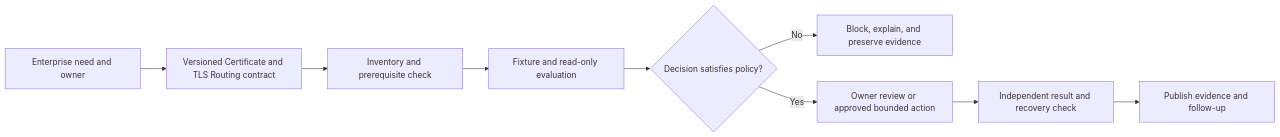
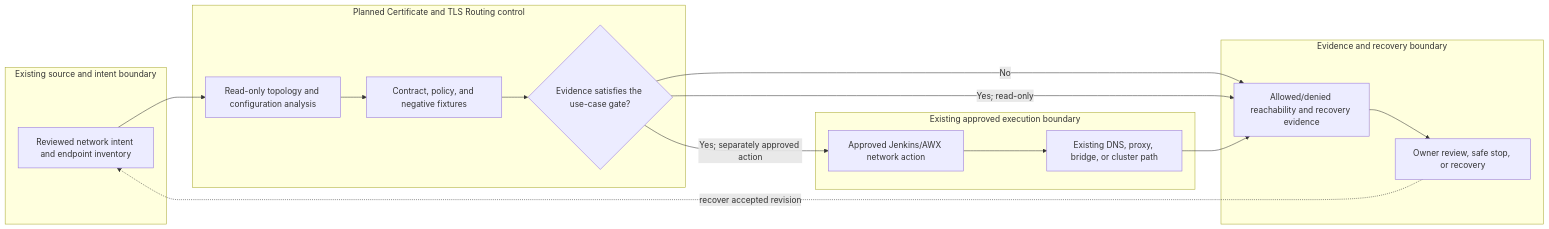
The diagram in docs/use-cases/network/UC-NET-024-certificate-and-tls-routing.md (MIDHTECH/enterprise-architecture-docs), drawn with Mermaid before and after one commit. The commit also changed other lines of this file and 227 other files, not shown here.

Commit message:
Deepen architecture for all use case designs

````diff
--- a/docs/use-cases/network/UC-NET-024-certificate-and-tls-routing.md
+++ b/docs/use-cases/network/UC-NET-024-certificate-and-tls-routing.md
@@ -136,11 +129,25 @@
 ```mermaid
 flowchart LR
-    Need["Enterprise need and owner"] --> Contract["Versioned Certificate and TLS Routing contract"]
-    Contract --> Preflight["Inventory and prerequisite check"]
-    Preflight --> Evaluate["Fixture and read-only evaluation"]
-    Evaluate --> Decision{"Decision satisfies policy?"}
-    Decision -->|No| Stop["Block, explain, and preserve evidence"]
-    Decision -->|Yes| Review["Owner review or approved bounded action"]
-    Review --> Verify["Independent result and recovery check"]
-    Verify --> Publish["Publish evidence and follow-up"]
+    subgraph Source["Existing source and intent boundary"]
+        A["Reviewed network intent and endpoint inventory"]
+    end
+    subgraph Planned["Planned Certificate and TLS Routing control"]
+        B["Read-only topology and configuration analysis"]
+        C["Contract, policy, and negative fixtures"]
+        D{"Evidence satisfies the use-case gate?"}
+    end
+    subgraph Runtime["Existing approved execution boundary"]
+        E["Approved Jenkins/AWX network action"]
+        F["Existing DNS, proxy, bridge, or cluster path"]
+    end
+    subgraph Assurance["Evidence and recovery boundary"]
+        G["Allowed/denied reachability and recovery evidence"]
+        H["Owner review, safe stop, or recovery"]
+    end
+
+    A --> B --> C --> D
+    D -->|No| G --> H
+    D -->|Yes; read-only| G
+    D -->|Yes; separately approved action| E --> F --> G
+    H -. recover accepted revision .-> A
 ```
````
